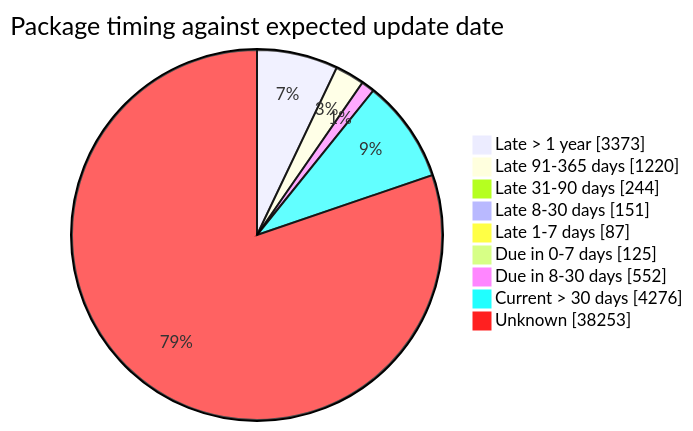
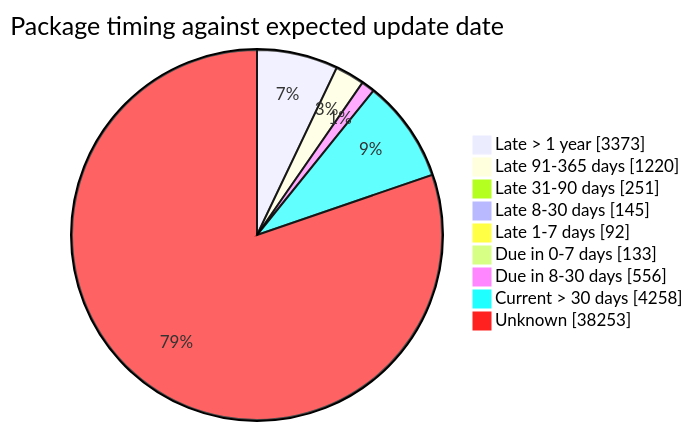
The fourth of 5 diagrams in FreshCheck/README.md (open-data/analytics-corporate-reporting), drawn with Mermaid before and after one commit. The commit also changed other lines of this file and 3 other files, not shown here.

````diff
--- a/FreshCheck/README.md
+++ b/FreshCheck/README.md
@@ -86,12 +86,12 @@
 ```mermaid
 pie showData title Package timing against expected update date
     "Late > 1 year": 3373
     "Late 91-365 days": 1220
-    "Late 31-90 days": 244
-    "Late 8-30 days": 151
-    "Late 1-7 days": 87
-    "Due in 0-7 days": 125
-    "Due in 8-30 days": 552
-    "Current > 30 days": 4276
+    "Late 31-90 days": 251
+    "Late 8-30 days": 145
+    "Late 1-7 days": 92
+    "Due in 0-7 days": 133
+    "Due in 8-30 days": 556
+    "Current > 30 days": 4258
     "Unknown": 38253
 ```
````
